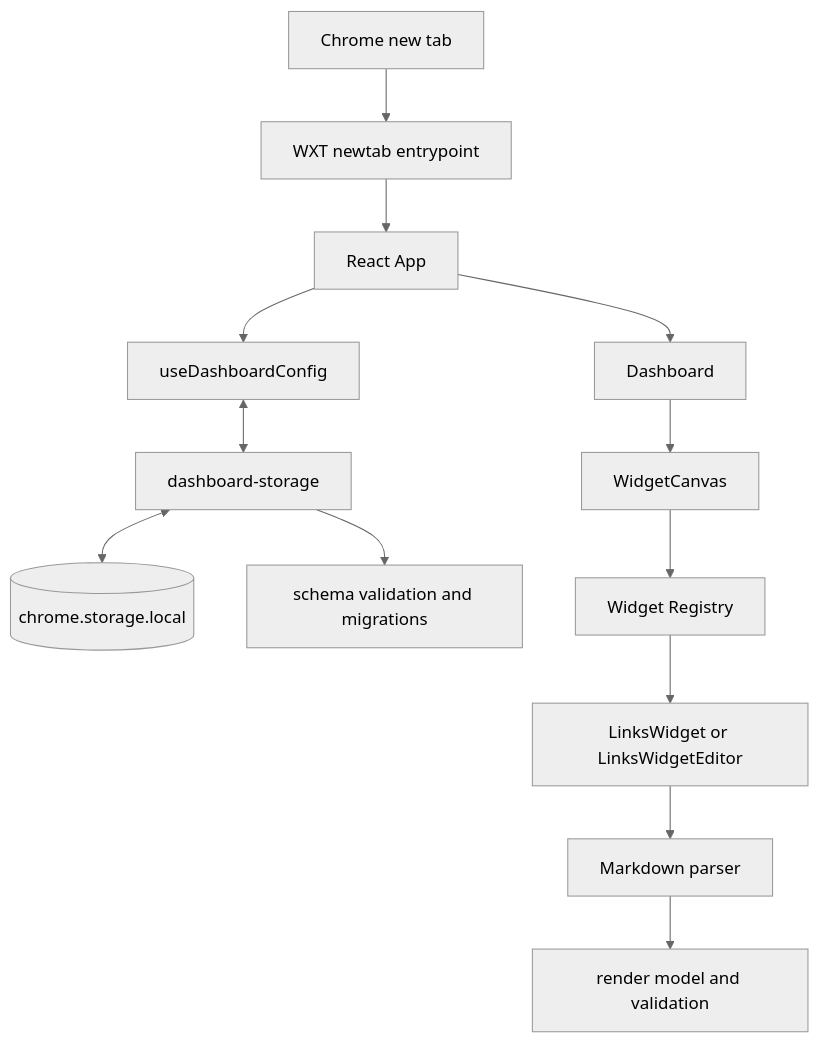
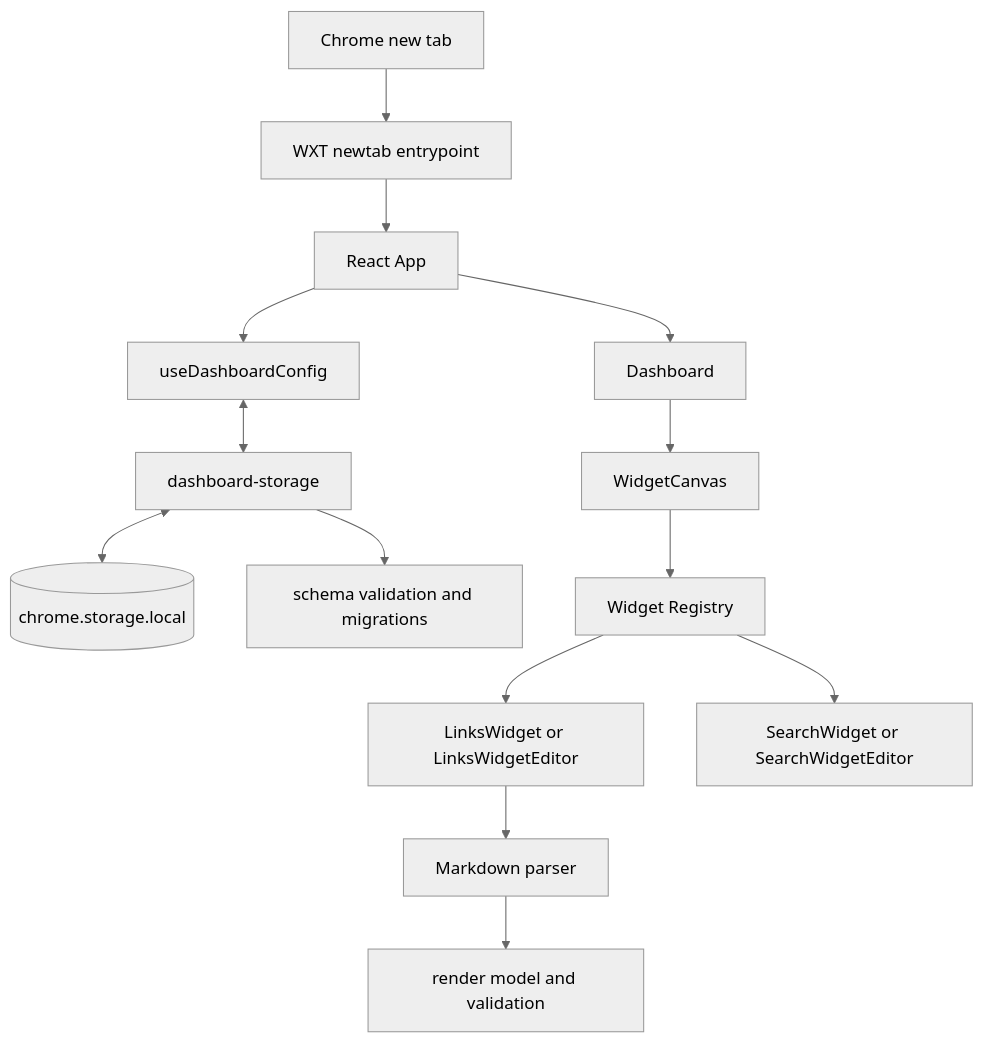
The diagram in docs/architecture.md (a-melchikov/chrome-start-page), drawn with Mermaid (neutral theme) before and after one commit. The commit also changed other lines of this file and 31 other files, not shown here.

Commit message:
feat(search): add compact search widget with local icons

````diff
--- a/docs/architecture.md
+++ b/docs/architecture.md
@@ -7,15 +7,16 @@
 ```mermaid
 flowchart TD
   Chrome[Chrome new tab] --> Entry[WXT newtab entrypoint]
   Entry --> App[React App]
   App --> Hook[useDashboardConfig]
   App --> Dashboard[Dashboard]
   Hook <--> Storage[dashboard-storage]
   Storage <--> Local[(chrome.storage.local)]
   Storage --> Migrations[schema validation and migrations]
   Dashboard --> Canvas[WidgetCanvas]
   Canvas --> Registry[Widget Registry]
   Registry --> Links[LinksWidget or LinksWidgetEditor]
+  Registry --> Search[SearchWidget or SearchWidgetEditor]
   Links --> Parser[Markdown parser]
   Parser --> Model[render model and validation]
 ```
````
